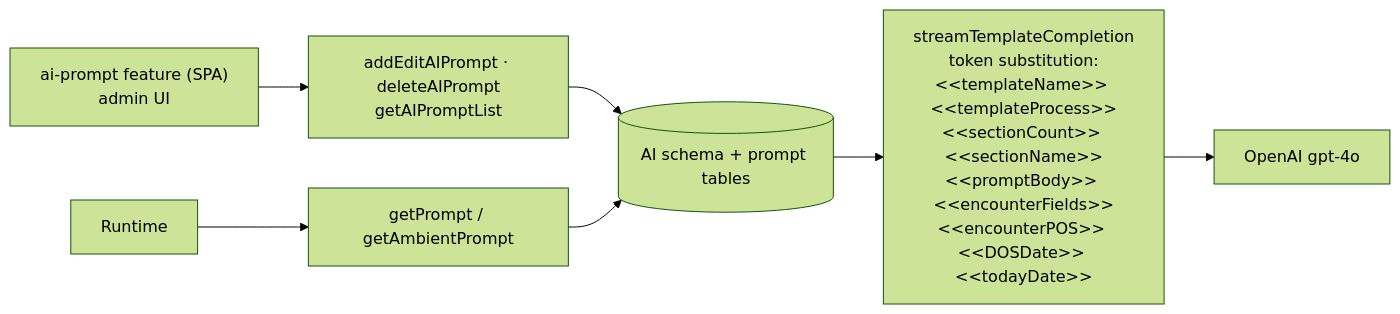
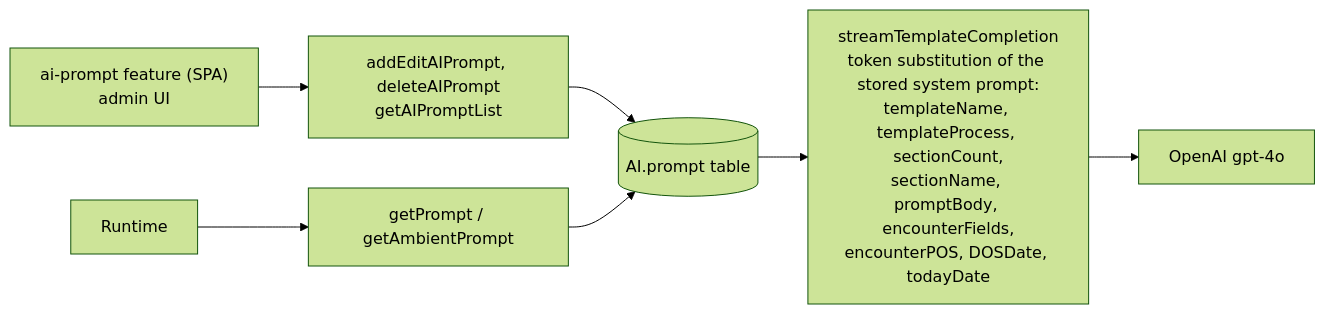
Before and after one commit to hemsingh-3PG/sai-systems-AIRE: the fourth of 5 diagrams in docs/architecture/current/12-ai-assistance-deep-dive.md, drawn with Mermaid (forest theme). The commit also changed other lines of this file and 285 other files, not shown here.

````diff
--- a/docs/architecture/current/12-ai-assistance-deep-dive.md
+++ b/docs/architecture/current/12-ai-assistance-deep-dive.md
@@ -122,9 +230,9 @@
 ```mermaid
 flowchart LR
-  A["ai-prompt feature (SPA)<br/>admin UI"] --> B["addEditAIPrompt · deleteAIPrompt<br/>getAIPromptList"]
-  B --> C[("AI schema + prompt tables")]
+  A["ai-prompt feature (SPA)<br/>admin UI"] --> B["addEditAIPrompt, deleteAIPrompt<br/>getAIPromptList"]
+  B --> C[("AI.prompt table")]
   D["Runtime"] --> E["getPrompt / getAmbientPrompt"]
   E --> C
-  C --> F["streamTemplateCompletion<br/>token substitution:<br/>&lt;&lt;templateName&gt;&gt; &lt;&lt;templateProcess&gt;&gt;<br/>&lt;&lt;sectionCount&gt;&gt; &lt;&lt;sectionName&gt;&gt;<br/>&lt;&lt;promptBody&gt;&gt; &lt;&lt;encounterFields&gt;&gt;<br/>&lt;&lt;encounterPOS&gt;&gt; &lt;&lt;DOSDate&gt;&gt; &lt;&lt;todayDate&gt;&gt;"]
+  C --> F["streamTemplateCompletion<br/>token substitution of the stored system prompt:<br/>templateName, templateProcess, sectionCount,<br/>sectionName, promptBody, encounterFields,<br/>encounterPOS, DOSDate, todayDate"]
   F --> G["OpenAI gpt-4o"]
 ```
````
